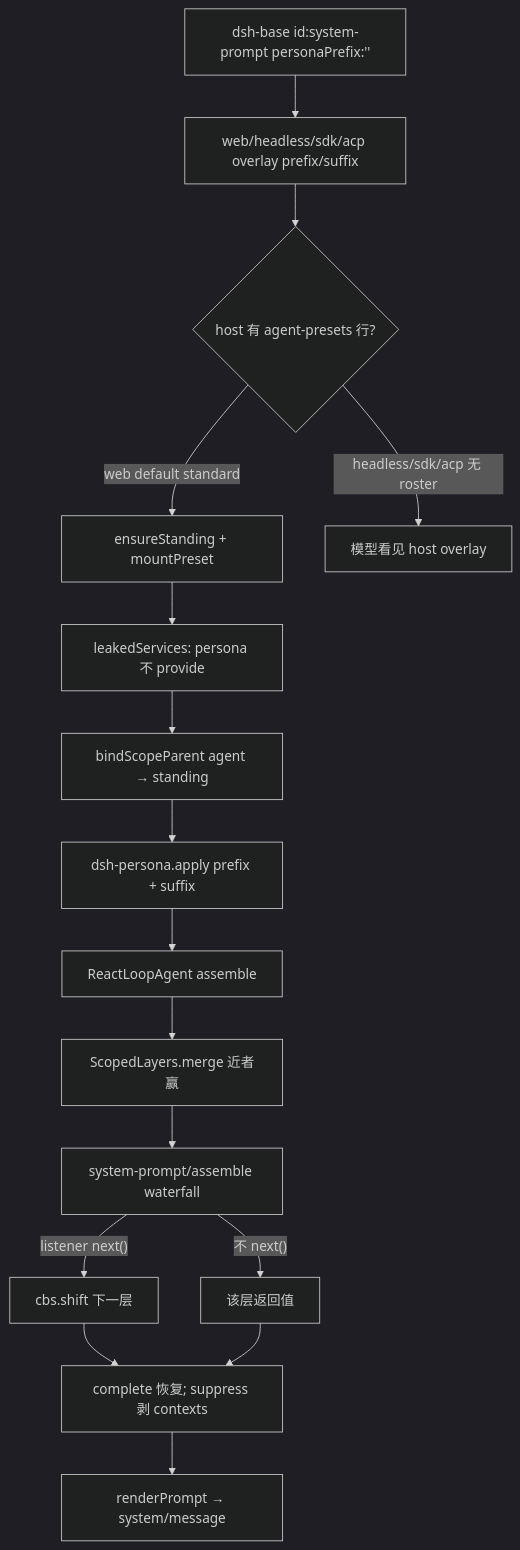
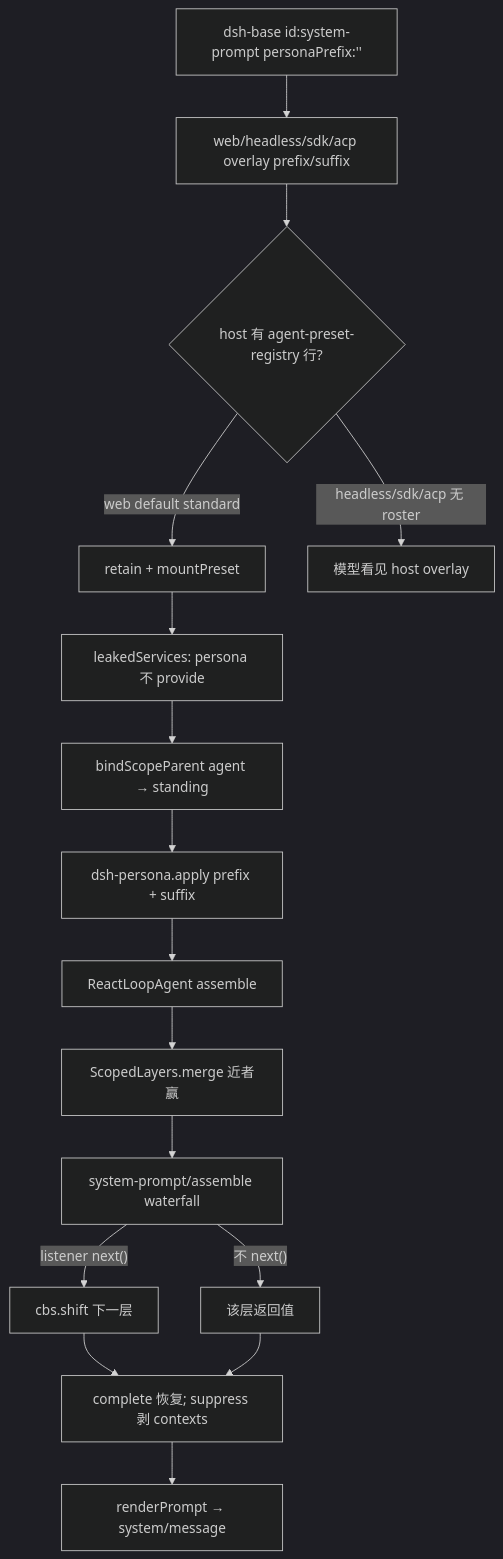
One commit to wdnmdtonyma/SOTA-Agent-LLM-Wiki changed the diagram in docs/llm-wiki/deepseek-harness/subsystems/composition/persona.md. Above: the diagram before and after it, drawn with Mermaid (dark theme). The commit also changed other lines of this file and 237 other files, not shown here.

````diff
--- a/docs/llm-wiki/deepseek-harness/subsystems/composition/persona.md
+++ b/docs/llm-wiki/deepseek-harness/subsystems/composition/persona.md
@@ -117,18 +116,18 @@
 ```mermaid
 flowchart TD
   Base["dsh-base id:system-prompt personaPrefix:''"] --> Overlay["web/headless/sdk/acp overlay prefix/suffix"]
-  Overlay --> Roster{"host 有 agent-presets 行?"}
-  Roster -->|web default standard| Mount["ensureStanding + mountPreset"]
+  Overlay --> Roster{"host 有 agent-preset-registry 行?"}
+  Roster -->|web default standard| Mount["retain + mountPreset"]
   Roster -->|headless/sdk/acp 无 roster| HostOnly["模型看见 host overlay"]
   Mount --> Leak["leakedServices: persona 不 provide"]
   Leak --> Bind["bindScopeParent agent → standing"]
   Bind --> Apply["dsh-persona.apply prefix + suffix"]
   Apply --> PreStep["ReactLoopAgent assemble"]
   PreStep --> Merge["ScopedLayers.merge 近者赢"]
   Merge --> WF["system-prompt/assemble waterfall"]
   WF -->|"listener next()"| Shift["cbs.shift 下一层"]
   WF -->|"不 next()"| Short["该层返回值"]
   Shift --> Post["complete 恢复; suppress 剥 contexts"]
   Short --> Post
   Post --> Log["renderPrompt → system/message"]
 ```
````
